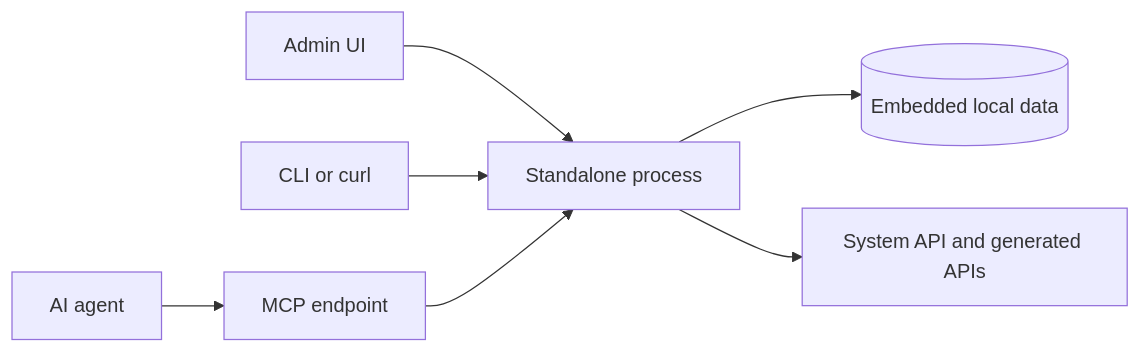
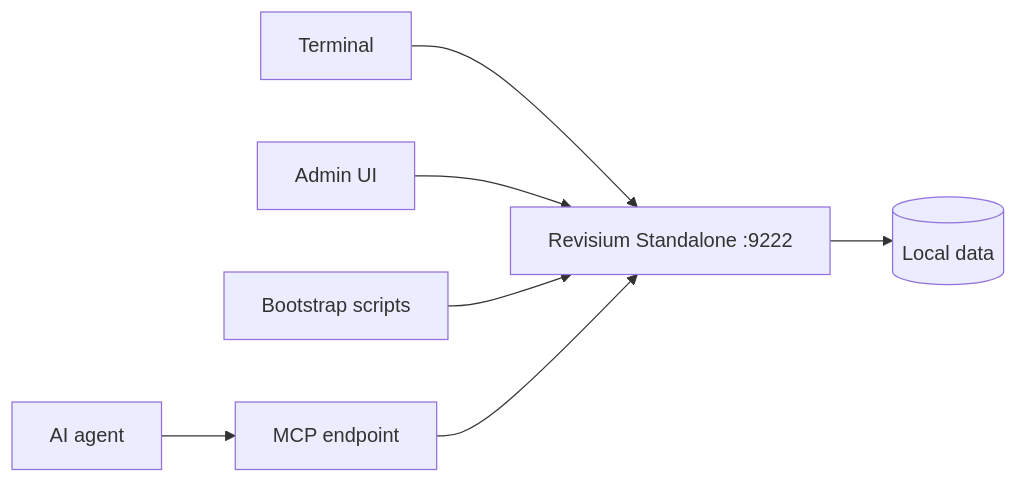
The diagram in quickstarts/standalone/README.md (revisium/revisium-examples), drawn with Mermaid before and after one commit. The commit also changed other lines of this file and 63 other files, not shown here.

````diff
--- a/quickstarts/standalone/README.md
+++ b/quickstarts/standalone/README.md
@@ -59,9 +64,9 @@
 ```mermaid
 flowchart LR
-  Browser[Admin UI] --> Standalone[Standalone process]
-  CLI[CLI or curl] --> Standalone
+  Terminal[Terminal] --> Standalone[Revisium Standalone :9222]
+  Browser[Admin UI] --> Standalone
+  Bootstrap[Bootstrap scripts] --> Standalone
   Agent[AI agent] --> MCP[MCP endpoint]
   MCP --> Standalone
-  Standalone --> Store[(Embedded local data)]
-  Standalone --> APIs[System API and generated APIs]
+  Standalone --> Store[(Local data)]
 ```
````
